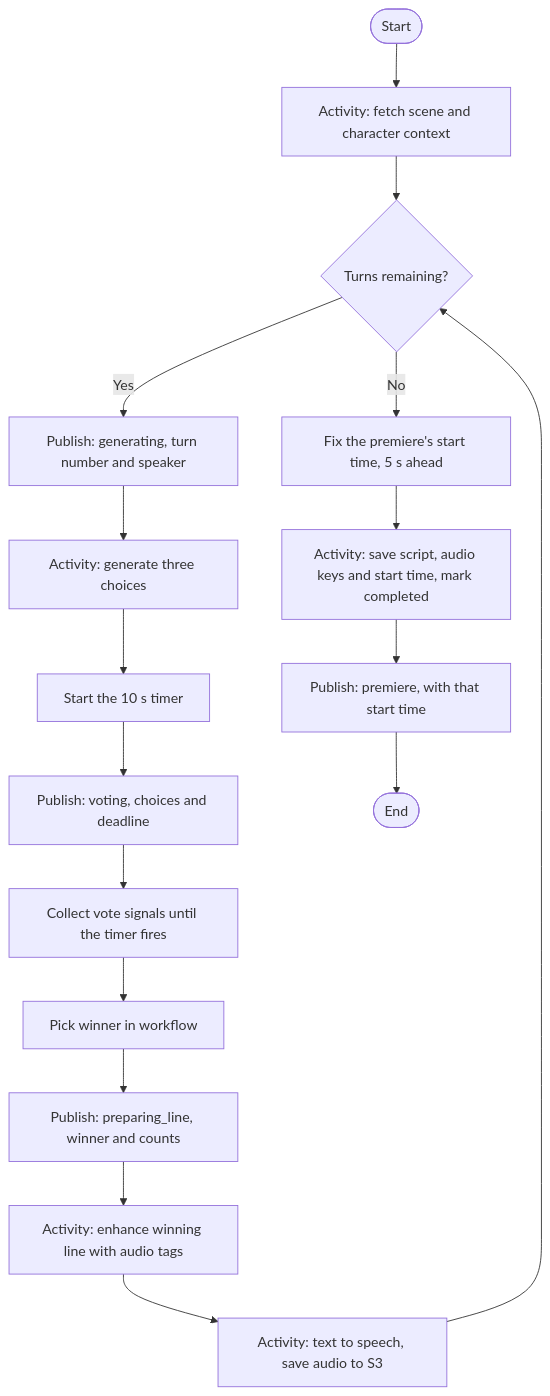
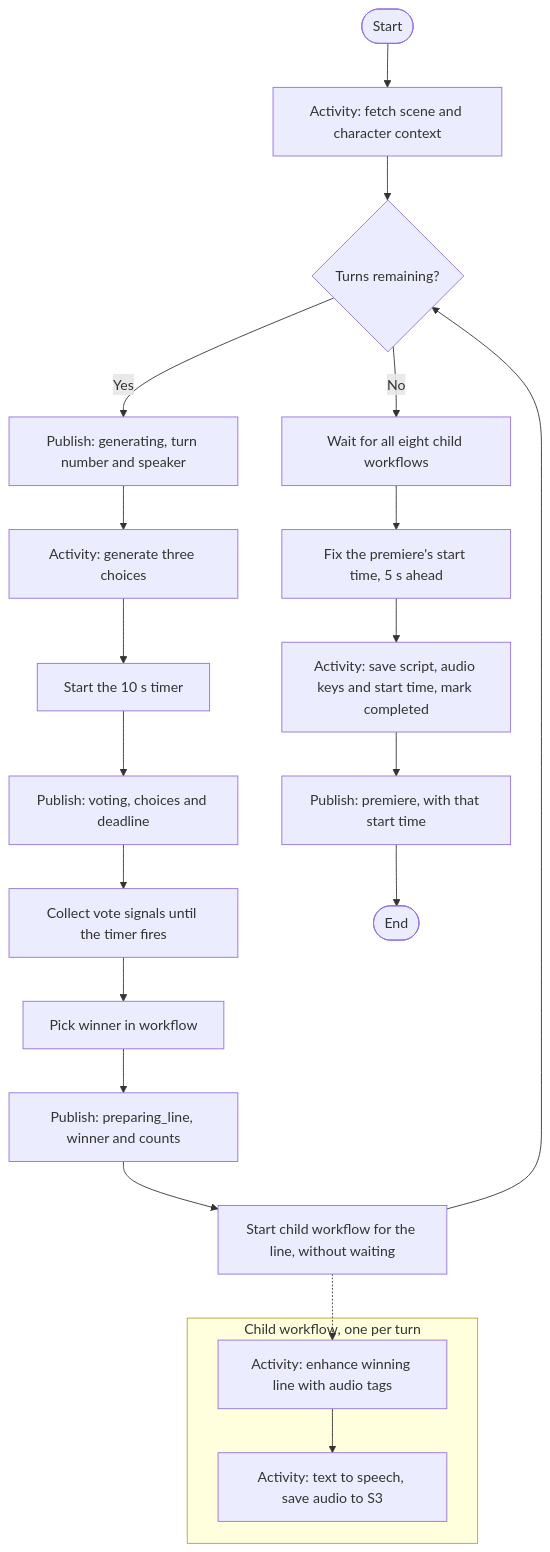
The second of 3 diagrams in docs/system-design.md (conghan-tay/MonsterTheatre_01), drawn with Mermaid before and after one commit. The commit also changed other lines of this file and 16 other files, not shown here.

First line of the commit message:
Tag and voice each line in a background child workflow (#19)

````diff
--- a/docs/system-design.md
+++ b/docs/system-design.md
@@ -130,19 +130,23 @@
 ```mermaid
 flowchart TD
     Start([Start]) --> Fetch[Activity: fetch scene and character context]
     Fetch --> Loop{"Turns remaining?"}
     Loop -->|Yes| Turn[Publish: generating, turn number and speaker]
     Turn --> Gen[Activity: generate three choices]
     Gen --> Timer[Start the 10 s timer]
     Timer --> Open[Publish: voting, choices and deadline]
     Open --> Wait[Collect vote signals until the timer fires]
     Wait --> Pick[Pick winner in workflow]
     Pick --> Won[Publish: preparing_line, winner and counts]
-    Won --> Tag[Activity: enhance winning line with audio tags]
-    Tag --> Speak[Activity: text to speech, save audio to S3]
-    Speak --> Loop
-    Loop -->|No| Fix[Fix the premiere's start time, 5 s ahead]
+    Won --> Child[Start child workflow for the line, without waiting]
+    Child --> Loop
+    Child -.-> Tag
+    subgraph Line["Child workflow, one per turn"]
+        Tag[Activity: enhance winning line with audio tags] --> Speak[Activity: text to speech, save audio to S3]
+    end
+    Loop -->|No| FanIn[Wait for all eight child workflows]
+    FanIn --> Fix[Fix the premiere's start time, 5 s ahead]
     Fix --> Save[Activity: save script, audio keys and start time, mark completed]
     Save --> Prem[Publish: premiere, with that start time]
     Prem --> End([End])
 ```
````
